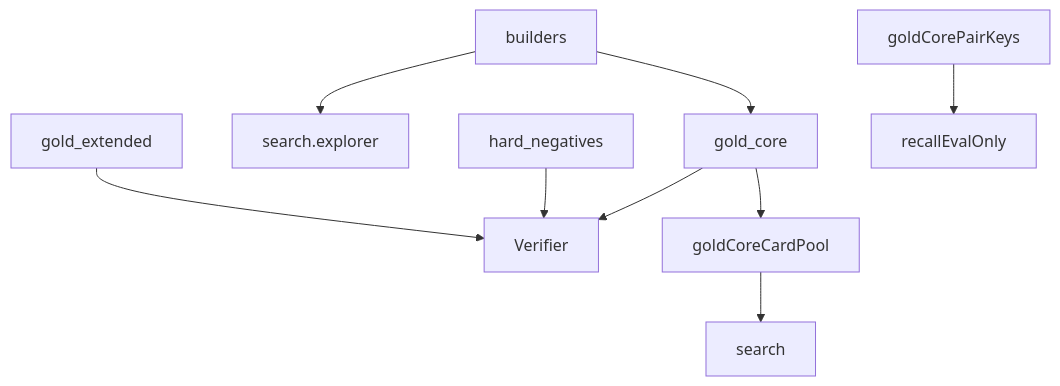
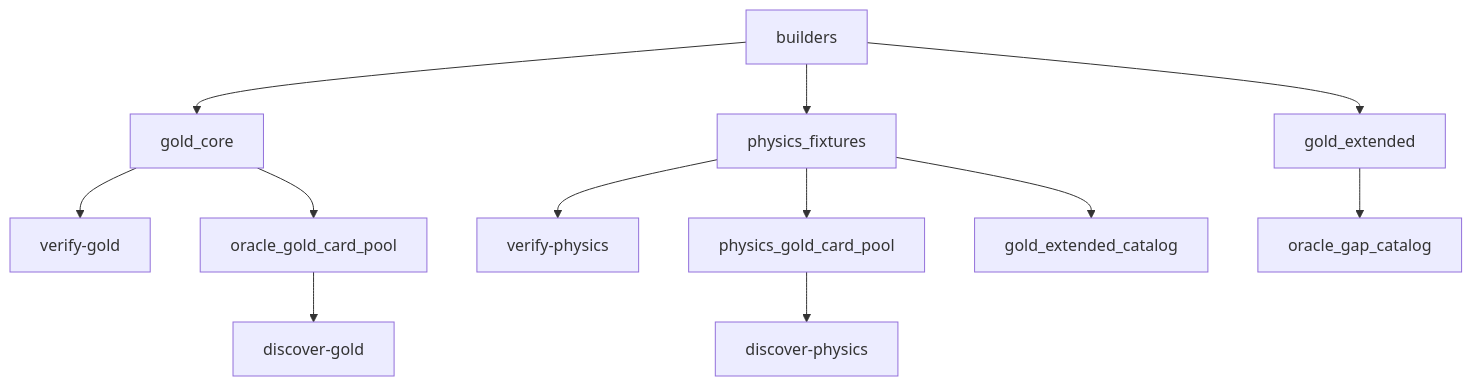
Before and after one commit to witzbeck/mtg-loop-engine: the diagram in src/mtg_loop_engine/corpus/README.md, drawn with Mermaid. The commit also changed other lines of this file and 75 other files, not shown here.

First line of the commit message:
Oracle-exact gold_core campaign (Waves 0–3) (#32)

````diff
--- a/src/mtg_loop_engine/corpus/README.md
+++ b/src/mtg_loop_engine/corpus/README.md
@@ -11,11 +14,14 @@
 ```mermaid
 graph TB;
   builders[builders] --> goldCore[gold_core];
-  builders --> explorer[search.explorer];
-  goldCore --> verifier[Verifier];
-  hardNeg[hard_negatives] --> verifier;
-  goldExt[gold_extended] --> verifier;
-  goldCore --> pool[goldCoreCardPool];
-  pool --> search[search];
-  goldKeys[goldCorePairKeys] --> recall[recallEvalOnly];
+  builders --> physics[physics_fixtures];
+  builders --> goldExt[gold_extended];
+  goldCore --> verifyGold[verify-gold];
+  physics --> verifyPhysics[verify-physics];
+  goldCore --> oraclePool[oracle_gold_card_pool];
+  physics --> physicsPool[physics_gold_card_pool];
+  oraclePool --> discoverGold[discover-gold];
+  physicsPool --> discoverPhysics[discover-physics];
+  goldExt --> gaps[oracle_gap_catalog];
+  physics --> extCatalog[gold_extended_catalog];
 ```
````
